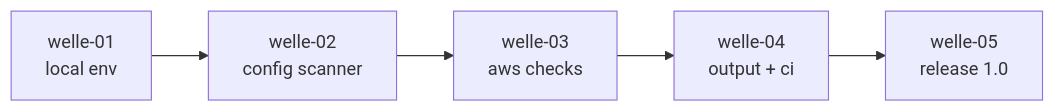
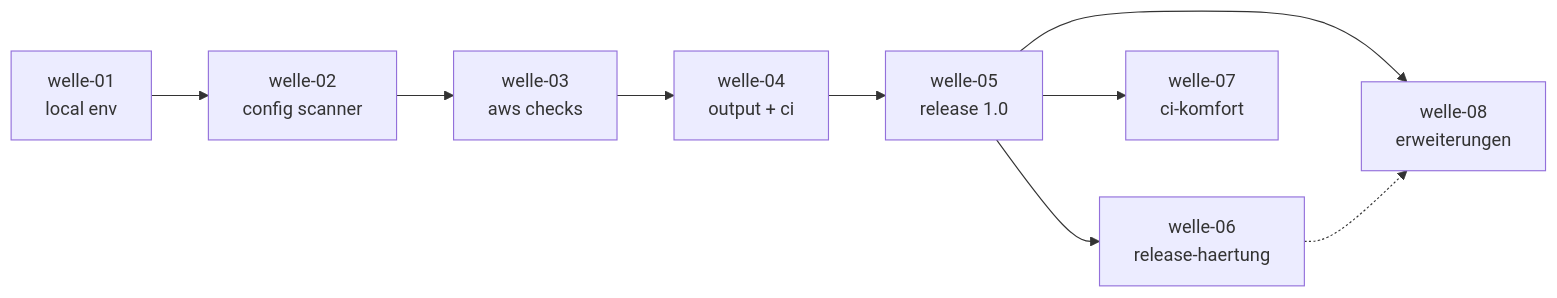
Before and after one commit to pt9912/bedrock-eu-guard: the diagram in docs/plan/planning/in-progress/roadmap.md, drawn with Mermaid. The commit also changed other lines of this file and 3 other files, not shown here.

First line of the commit message:
docs(plan): Wellen 06 bis 08 (Release-Härtung, CI-Komfort, Erweiterungen) und Roadmap

````diff
--- a/docs/plan/planning/in-progress/roadmap.md
+++ b/docs/plan/planning/in-progress/roadmap.md
@@ -41,7 +53,11 @@
 ```mermaid
 flowchart LR
     W1[welle-01<br/>local env] --> W2[welle-02<br/>config scanner]
     W2 --> W3[welle-03<br/>aws checks]
     W3 --> W4[welle-04<br/>output + ci]
     W4 --> W5[welle-05<br/>release 1.0]
+    W5 --> W6[welle-06<br/>release-haertung]
+    W5 --> W7[welle-07<br/>ci-komfort]
+    W5 --> W8[welle-08<br/>erweiterungen]
+    W6 -.-> W8
 ```
````
